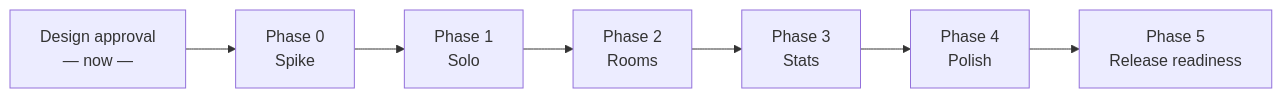
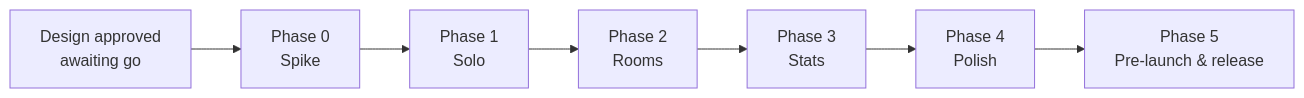
The diagram in DEVELOPMENT_ROADMAP.md (Atharvaajain/StudySync), drawn with Mermaid before and after one commit. The commit also changed other lines of this file and 6 other files, not shown here.

First line of the commit message:
docs: record approved product decisions (design v1.1)

````diff
--- a/DEVELOPMENT_ROADMAP.md
+++ b/DEVELOPMENT_ROADMAP.md
@@ -41,9 +42,9 @@
 ```mermaid
 flowchart LR
-  A[Design approval<br/>— now —] --> P0[Phase 0<br/>Spike]
+  A[Design approved<br/>awaiting go] --> P0[Phase 0<br/>Spike]
   P0 --> P1[Phase 1<br/>Solo]
   P1 --> P2[Phase 2<br/>Rooms]
   P2 --> P3[Phase 3<br/>Stats]
   P3 --> P4[Phase 4<br/>Polish]
-  P4 --> P5[Phase 5<br/>Release readiness]
+  P4 --> P5[Phase 5<br/>Pre-launch & release]
 ```
````
